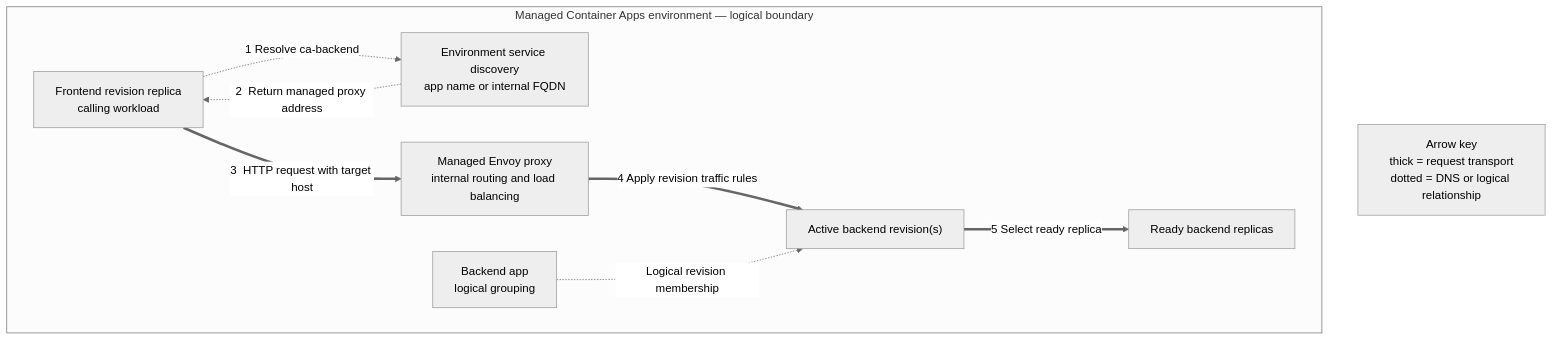
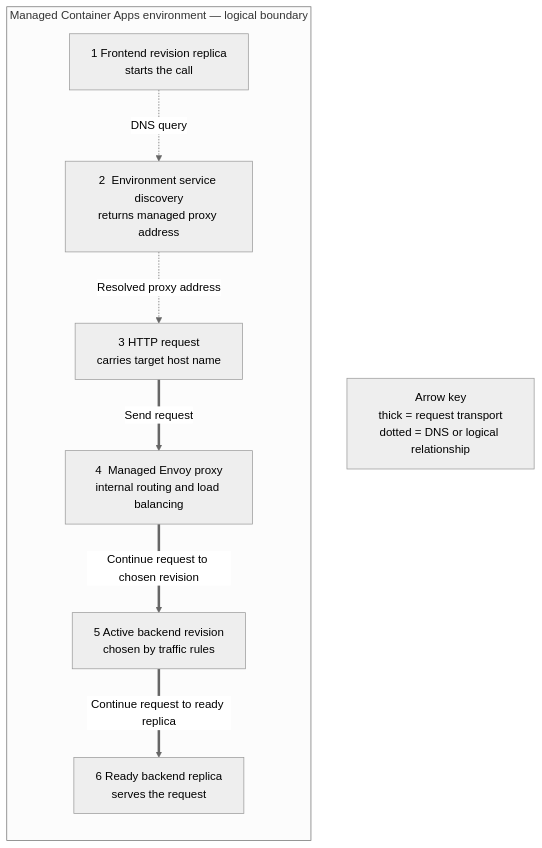
The diagram in docs/platform/networking/service-to-service.md (yeongseon/azure-container-apps-practical-guide), drawn with Mermaid (neutral theme) before and after one commit. The commit also changed other lines of this file and 3 other files, not shown here.

Commit message:
docs(networking): address private endpoint diagram review

````diff
--- a/docs/platform/networking/service-to-service.md
+++ b/docs/platform/networking/service-to-service.md
@@ -63,23 +65,23 @@
 ```mermaid
 flowchart TD
     accTitle: Same-environment Container Apps service resolution and routing
     accDescr: A frontend replica resolves a backend app name through environment service discovery. DNS returns the managed proxy address, then the frontend sends an HTTP request carrying the target host name. The managed Envoy proxy selects an active backend revision according to traffic rules and routes to a ready replica.
 
     subgraph ENV["Managed Container Apps environment — logical boundary"]
-        CALL_REPLICA["Frontend revision replica<br/>calling workload"]
-        DISCOVERY["Environment service discovery<br/>app name or internal FQDN"]
-        INGRESS["Managed Envoy proxy<br/>internal routing and load balancing"]
-        TARGET_APP["Backend app<br/>logical grouping"]
-        TARGET_REV["Active backend revision(s)"]
-        TARGET_REPLICAS["Ready backend replicas"]
+        direction TB
+        CALL_REPLICA["1  Frontend revision replica<br/>starts the call"]
+        DISCOVERY["2  Environment service discovery<br/>returns managed proxy address"]
+        REQUEST["3  HTTP request<br/>carries target host name"]
+        INGRESS["4  Managed Envoy proxy<br/>internal routing and load balancing"]
+        TARGET_REV["5  Active backend revision<br/>chosen by traffic rules"]
+        TARGET_REPLICAS["6  Ready backend replica<br/>serves the request"]
     end
 
-    CALL_REPLICA -.->|"1  Resolve ca-backend"| DISCOVERY
-    DISCOVERY -.->|"2  Return managed proxy address"| CALL_REPLICA
-    CALL_REPLICA ==>|"3  HTTP request with target host"| INGRESS
-    INGRESS ==>|"4  Apply revision traffic rules"| TARGET_REV
-    TARGET_REV ==>|"5  Select ready replica"| TARGET_REPLICAS
-    TARGET_APP -.->|"Logical revision membership"| TARGET_REV
+    CALL_REPLICA -.->|"DNS query"| DISCOVERY
+    DISCOVERY -.->|"Resolved proxy address"| REQUEST
+    REQUEST ==>|"Send request"| INGRESS
+    INGRESS ==>|"Continue request to chosen revision"| TARGET_REV
+    TARGET_REV ==>|"Continue request to ready replica"| TARGET_REPLICAS
 
     LEGEND["Arrow key<br/>thick = request transport<br/>dotted = DNS or logical relationship"]
 ```
````
